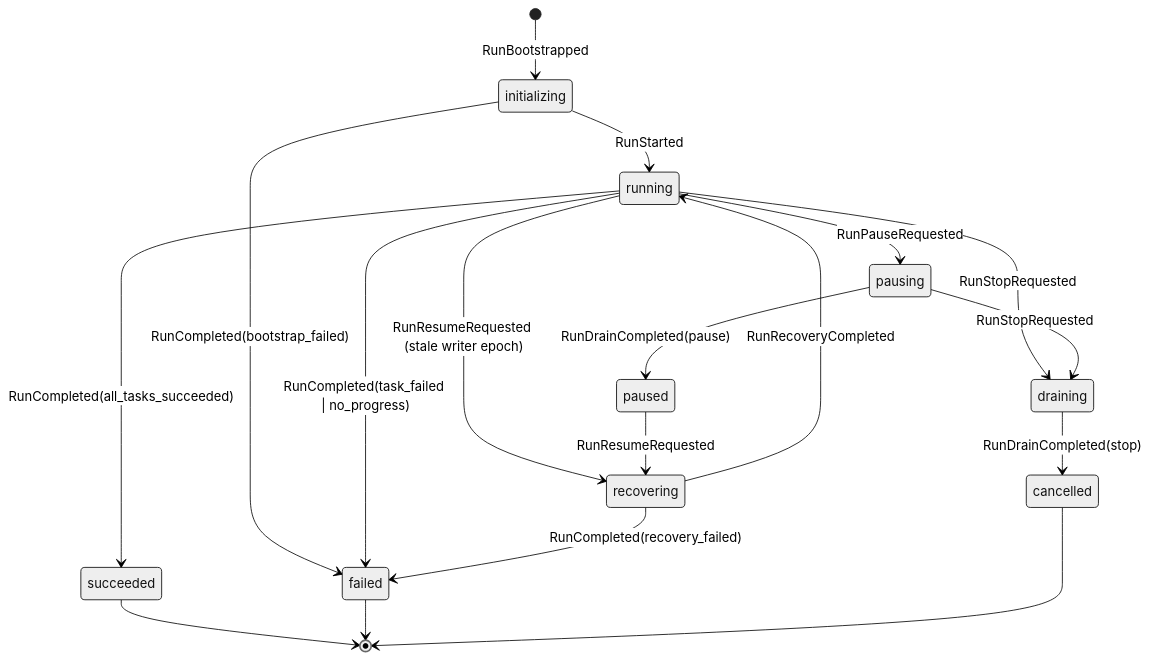
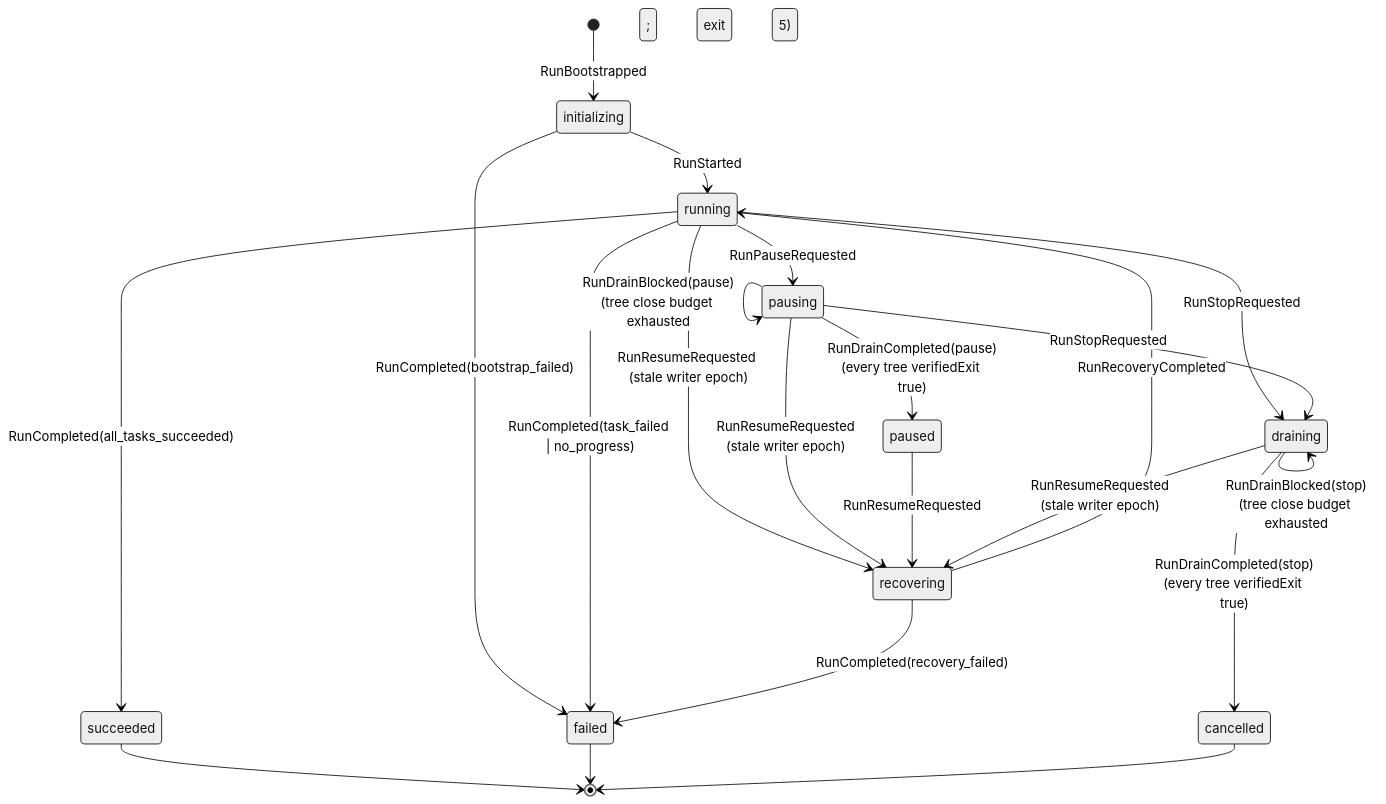
The first of 2 diagrams in diagrams/architecture/runtime-state-machine.md (Fhurky/Multi-Agent-Engineering-Framework), drawn with Mermaid (neutral theme) before and after one commit. The commit also changed other lines of this file and 43 other files, not shown here.

Commit message:
docs: complete TASK-028 runtime architecture amendment

````diff
--- a/diagrams/architecture/runtime-state-machine.md
+++ b/diagrams/architecture/runtime-state-machine.md
@@ -12,26 +16,30 @@
 ```mermaid
 stateDiagram-v2
   [*] --> initializing : RunBootstrapped
   initializing --> running : RunStarted
   initializing --> failed : RunCompleted(bootstrap_failed)
 
   running --> pausing : RunPauseRequested
   running --> draining : RunStopRequested
   running --> recovering : RunResumeRequested (stale writer epoch)
   running --> succeeded : RunCompleted(all_tasks_succeeded)
   running --> failed : RunCompleted(task_failed | no_progress)
 
-  pausing --> paused : RunDrainCompleted(pause)
+  pausing --> paused : RunDrainCompleted(pause)<br/>(every tree verifiedExit true)
+  pausing --> pausing : RunDrainBlocked(pause)<br/>(tree close budget exhausted; exit 5)
+  pausing --> recovering : RunResumeRequested<br/>(stale writer epoch)
   pausing --> draining : RunStopRequested
 
   paused --> recovering : RunResumeRequested
 
-  draining --> cancelled : RunDrainCompleted(stop)
+  draining --> cancelled : RunDrainCompleted(stop)<br/>(every tree verifiedExit true)
+  draining --> draining : RunDrainBlocked(stop)<br/>(tree close budget exhausted; exit 5)
+  draining --> recovering : RunResumeRequested<br/>(stale writer epoch)
 
   recovering --> running : RunRecoveryCompleted
   recovering --> failed : RunCompleted(recovery_failed)
 
   succeeded --> [*]
   failed --> [*]
   cancelled --> [*]
 ```
````
